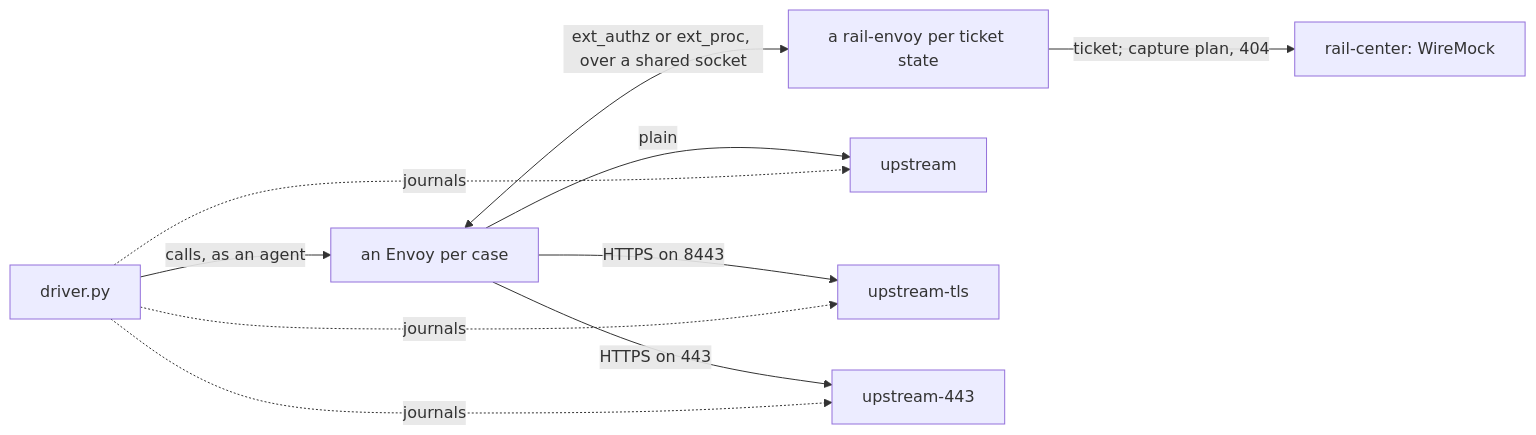
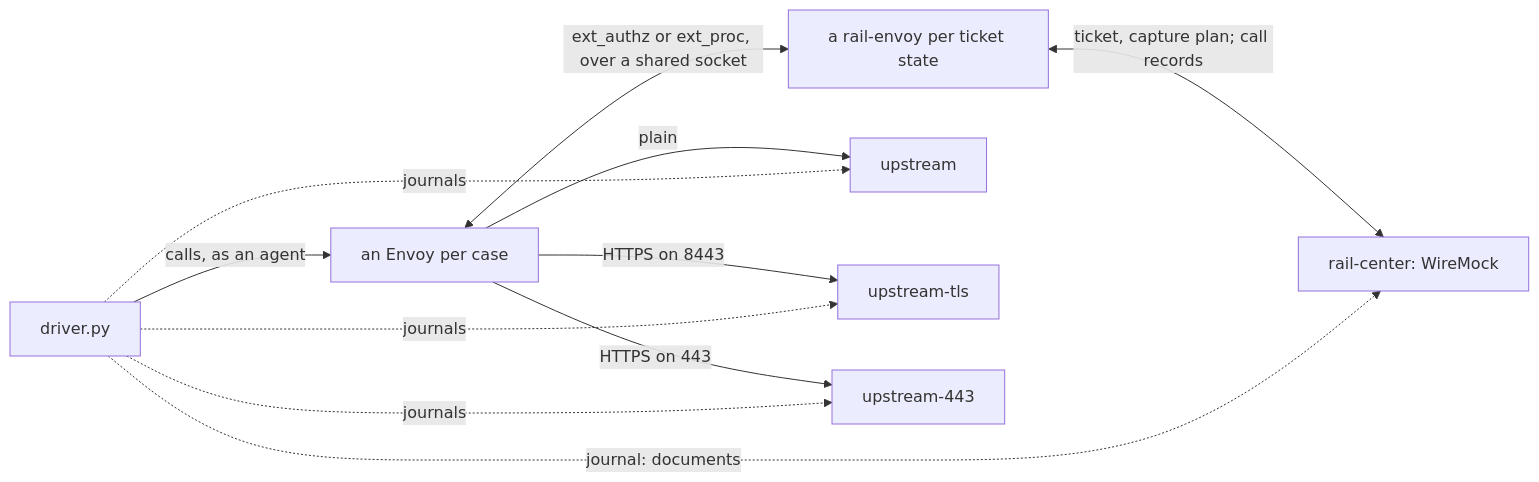
Before and after one commit to datrail/railguard: the diagram in e2e/envoy-proxy/README.md, drawn with Mermaid. The commit also changed other lines of this file and 10 other files, not shown here.

````diff
--- a/e2e/envoy-proxy/README.md
+++ b/e2e/envoy-proxy/README.md
@@ -10,12 +10,13 @@
 ```mermaid
 flowchart LR
   driver[driver.py] -->|calls, as an agent| envoy[an Envoy per case]
   envoy <-->|ext_authz or ext_proc, over a shared socket| ext[a rail-envoy per ticket state]
-  ext -->|ticket; capture plan, 404| center[rail-center: WireMock]
+  ext <-->|ticket, capture plan; call records| center[rail-center: WireMock]
   envoy -->|plain| plain[upstream]
   envoy -->|HTTPS on 8443| tls[upstream-tls]
   envoy -->|HTTPS on 443| tls443[upstream-443]
   driver -.->|journals| plain
   driver -.->|journals| tls
   driver -.->|journals| tls443
+  driver -.->|journal: documents| center
 ```
````
